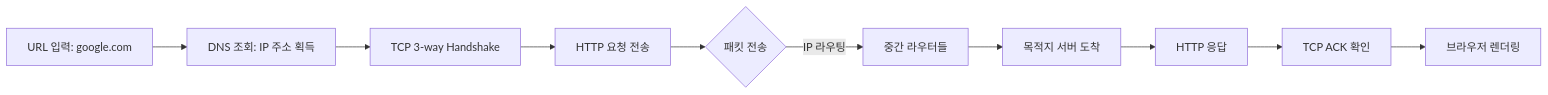
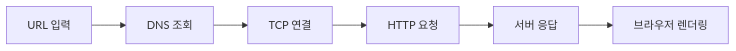
One commit to yjkim2015/yjkim2015.github.io changed the fourth of 4 diagrams in _posts/http/2021-01-01-http.md. Above: the diagram before and after it, drawn with Mermaid. The commit also changed 163 other files, not shown here.

First line of the commit message:
Mermaid 300개 블록 내용 축소: 5노드 5엣지 이하, 의미 있는 약어

````diff
--- a/_posts/http/2021-01-01-http.md
+++ b/_posts/http/2021-01-01-http.md
@@ -280,12 +280,8 @@
 ```mermaid
-flowchart LR
-    A["URL 입력: google.com"] --> B["DNS 조회: IP 주소 획득"]
-    B --> C[TCP 3-way Handshake]
-    C --> D["HTTP 요청 전송"]
-    D --> E{"패킷 전송"}
-    E -->|"IP 라우팅"| F["중간 라우터들"]
-    F --> G["목적지 서버 도착"]
-    G --> H["HTTP 응답"]
-    H --> I["TCP ACK 확인"]
-    I --> J["브라우저 렌더링"]
+graph LR
+    A["URL 입력"] --> B["DNS 조회"]
+    B --> C["TCP 연결"]
+    C --> D["HTTP 요청"]
+    D --> E["서버 응답"]
+    E --> F["브라우저 렌더링"]
 ```
````
